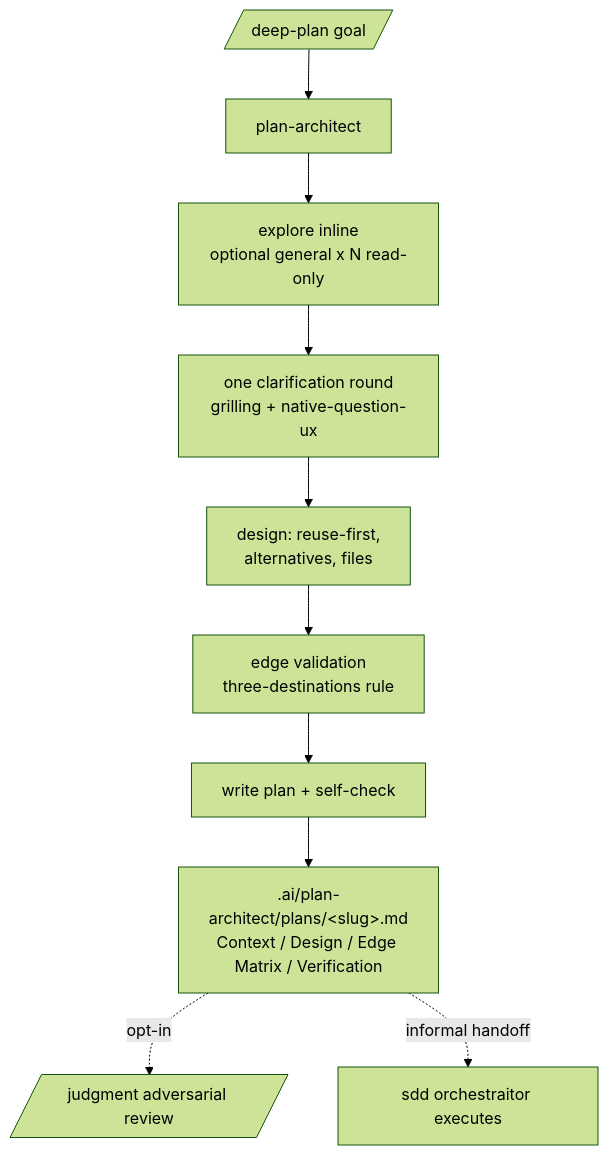
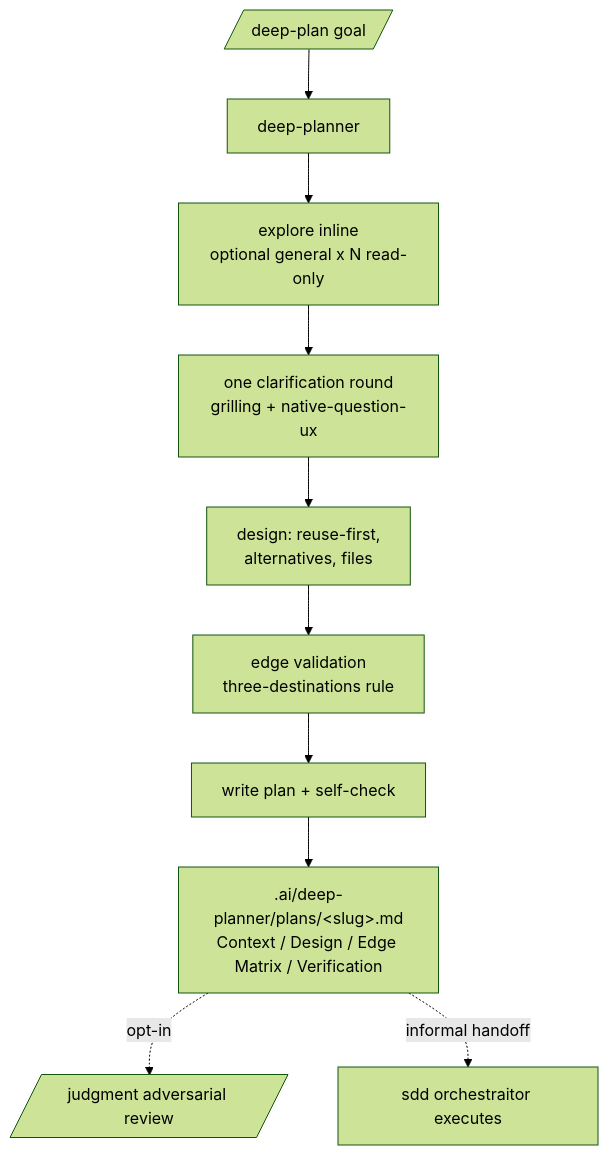
The diagram in domains/plan/README.md (andresnator/agents-orchestrator), drawn with Mermaid (forest theme) before and after one commit. The commit also changed other lines of this file and 6 other files, not shown here.

Commit message:
feat: rename plan-architect to deep-planner and update related documentation and commands

````diff
--- a/domains/plan/README.md
+++ b/domains/plan/README.md
@@ -11,12 +11,12 @@
 ```mermaid
 graph TD
-  cmd[/deep-plan goal/] --> architect[plan-architect]
+  cmd[/deep-plan goal/] --> architect[deep-planner]
   architect --> explore[explore inline<br/>optional general x N read-only]
   explore --> clarify[one clarification round<br/>grilling + native-question-ux]
   clarify --> design[design: reuse-first,<br/>alternatives, files]
   design --> edges[edge validation<br/>three-destinations rule]
   edges --> selfcheck[write plan + self-check]
-  selfcheck --> plan[".ai/plan-architect/plans/&lt;slug&gt;.md<br/>Context / Design / Edge Matrix / Verification"]
+  selfcheck --> plan[".ai/deep-planner/plans/&lt;slug&gt;.md<br/>Context / Design / Edge Matrix / Verification"]
   plan -.->|opt-in| judgment[/judgment adversarial review/]
   plan -.->|informal handoff| orchestraitor[sdd orchestraitor executes]
 ```
````
